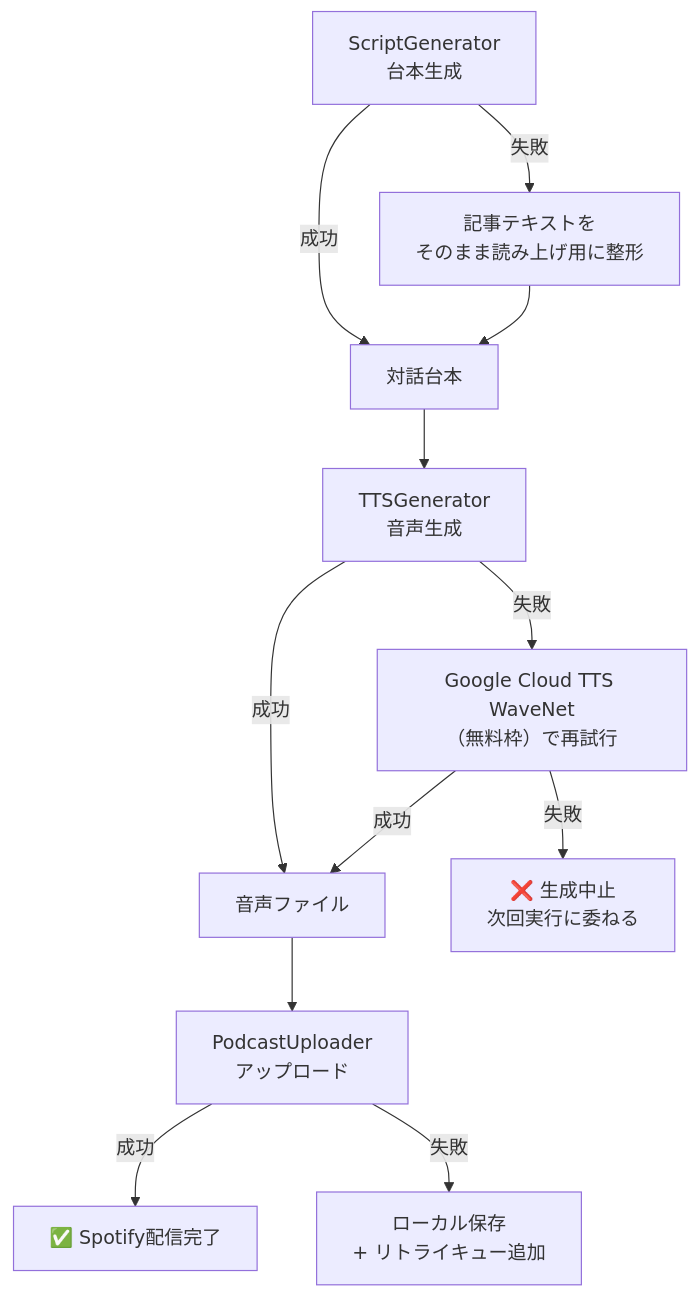
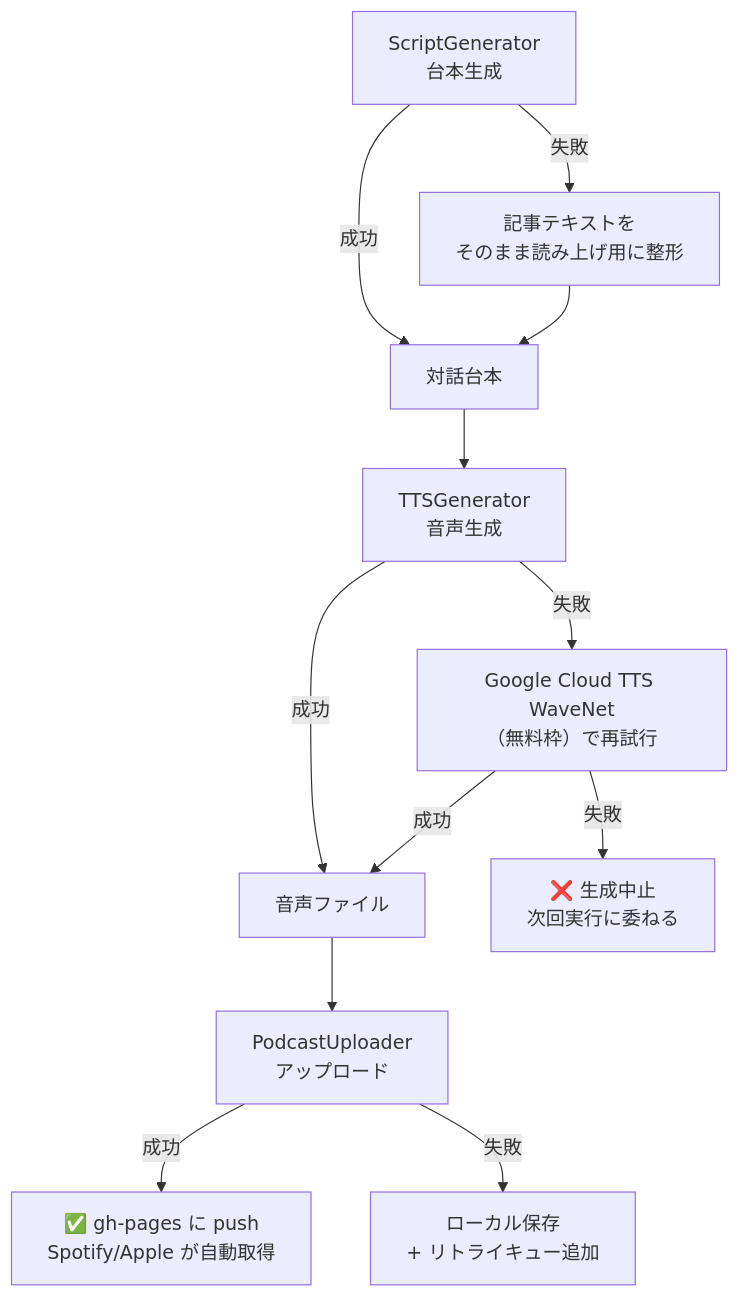
One commit to necoha/auto-podcast changed the fourth of 4 diagrams in docs/HLD.md. Above: the diagram before and after it, drawn with Mermaid. The commit also changed other lines of this file and 7 other files, not shown here.

````diff
--- a/docs/HLD.md
+++ b/docs/HLD.md
@@ -146,16 +152,16 @@
 ```mermaid
 flowchart TD
     A["ScriptGenerator<br/>台本生成"] -->|成功| B["対話台本"]
     A -->|失敗| A2["記事テキストを<br/>そのまま読み上げ用に整形"]
     A2 --> B
 
     B --> C["TTSGenerator<br/>音声生成"]
     C -->|成功| D["音声ファイル"]
     C -->|失敗| C2["Google Cloud TTS WaveNet<br/>（無料枠）で再試行"]
     C2 -->|成功| D
     C2 -->|失敗| C3["❌ 生成中止<br/>次回実行に委ねる"]
 
     D --> E["PodcastUploader<br/>アップロード"]
-    E -->|成功| F["✅ Spotify配信完了"]
+    E -->|成功| F["✅ gh-pages に push<br/>Spotify/Apple が自動取得"]
     E -->|失敗| E2["ローカル保存<br/>+ リトライキュー追加"]
 ```
````
